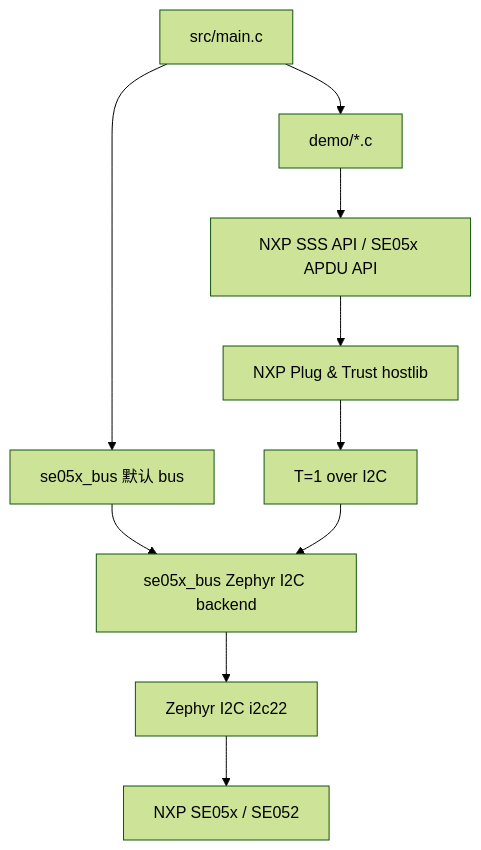
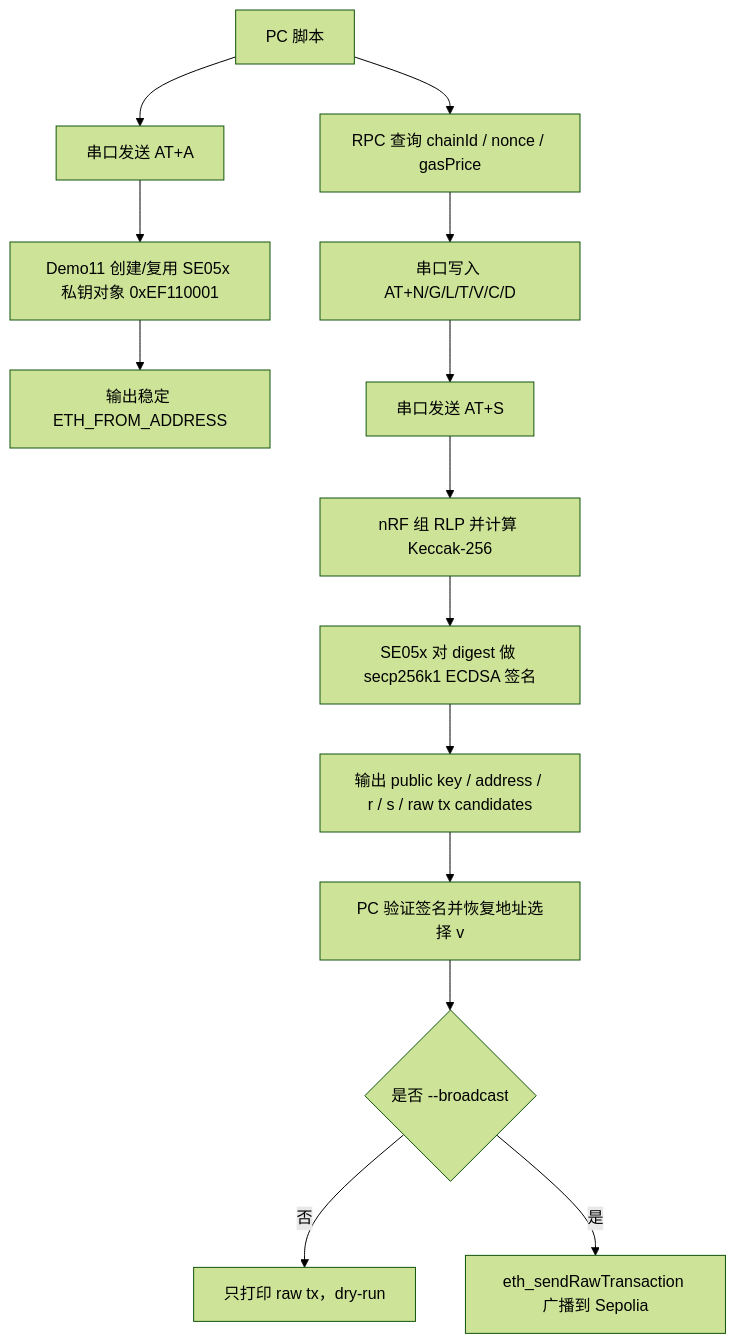
The diagram in README.md (tianrking/nrf54lm20-se05x-ncs), drawn with Mermaid (forest theme) before and after one commit. The commit also changed other lines of this file and 11 other files, not shown here.

Commit message:
Add Sepolia testnet wallet demo

````diff
--- a/README.md
+++ b/README.md
@@ -121,12 +85,16 @@
 ```mermaid
 flowchart TD
-    A["src/main.c"] --> B["demo/*.c"]
-    A --> C["se05x_bus 默认 bus"]
-    C --> D["se05x_bus Zephyr I2C backend"]
-    B --> E["NXP SSS API / SE05x APDU API"]
-    E --> F["NXP Plug & Trust hostlib"]
-    F --> G["T=1 over I2C"]
-    G --> D
-    D --> H["Zephyr I2C i2c22"]
-    H --> I["NXP SE05x / SE052"]
+    A["PC 脚本"] --> B["串口发送 AT+A"]
+    B --> C["Demo11 创建/复用 SE05x 私钥对象 0xEF110001"]
+    C --> D["输出稳定 ETH_FROM_ADDRESS"]
+    A --> E["RPC 查询 chainId / nonce / gasPrice"]
+    E --> F["串口写入 AT+N/G/L/T/V/C/D"]
+    F --> G["串口发送 AT+S"]
+    G --> H["nRF 组 RLP 并计算 Keccak-256"]
+    H --> I["SE05x 对 digest 做 secp256k1 ECDSA 签名"]
+    I --> J["输出 public key / address / r / s / raw tx candidates"]
+    J --> K["PC 验证签名并恢复地址选择 v"]
+    K --> L{"是否 --broadcast"}
+    L -->|否| M["只打印 raw tx，dry-run"]
+    L -->|是| N["eth_sendRawTransaction 广播到 Sepolia"]
 ```
````
